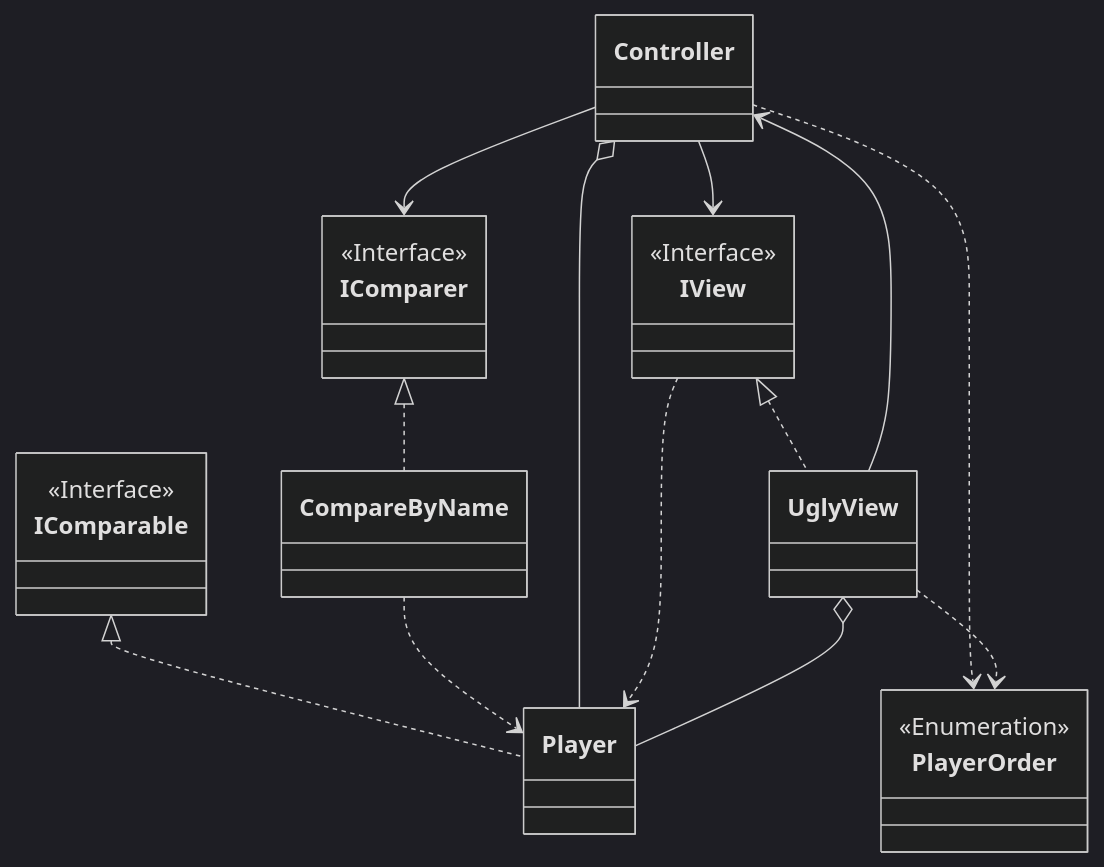
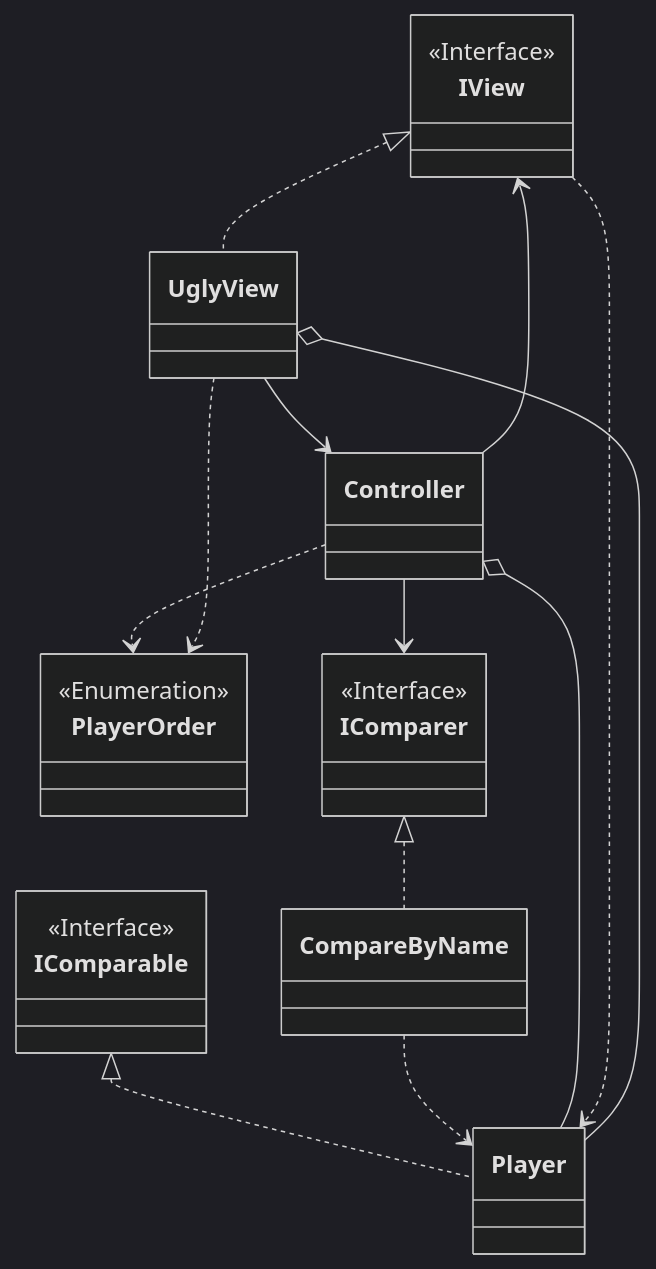
One commit to DiogoMeiraFreire/LP1Semana10 changed the diagram in PlayerManagerMVC/README.md. Above: the diagram before and after it, drawn with Mermaid (dark theme).

Commit message:
Changes to mermaid

````diff
--- a/PlayerManagerMVC/README.md
+++ b/PlayerManagerMVC/README.md
@@ -1,42 +1,34 @@
 ```mermaid
 
 classDiagram
-    class Controller{
-    }
-    class CompareByName{
-    }
     class IView{
         <<Interface>>
     }
-    class Player{
-    }
     class PlayerOrder{
         <<Enumeration>>
-    }
-    class UglyView{
     }
     class IComparable{
         <<Interface>>
     }
     class IComparer{
         <<Interface>>
     }
 
     IView <|.. UglyView
     IComparable <|.. Player
     IComparer <|.. CompareByName
 
     CompareByName ..> Player
 
     Controller o-- Player
     Controller --> IComparer
     Controller --> IView
     Controller ..> PlayerOrder
 
     IView ..> Player
 
     UglyView o-- Player
     UglyView ..> PlayerOrder
     UglyView --> Controller
     
 ```
````
